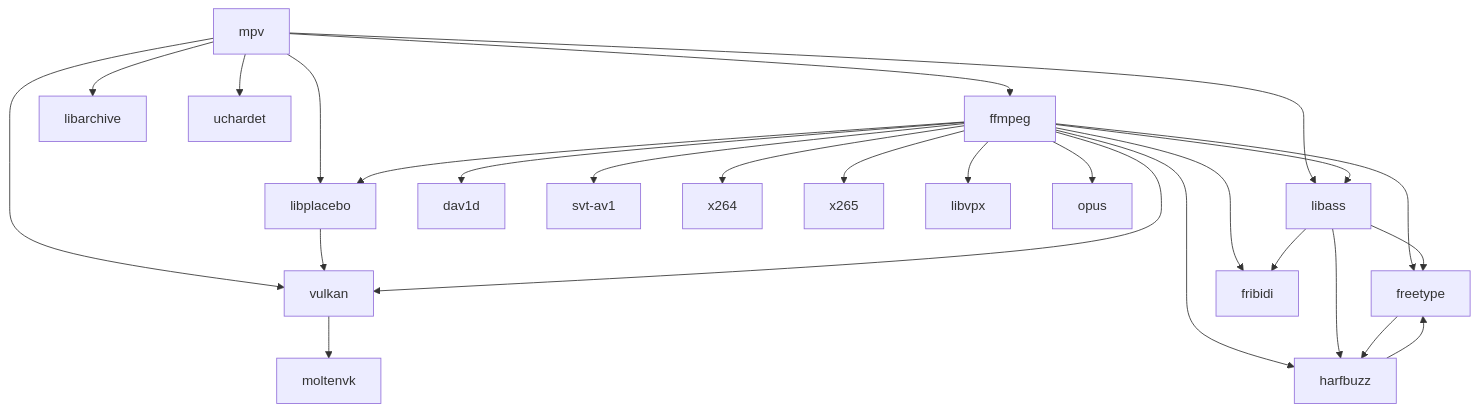
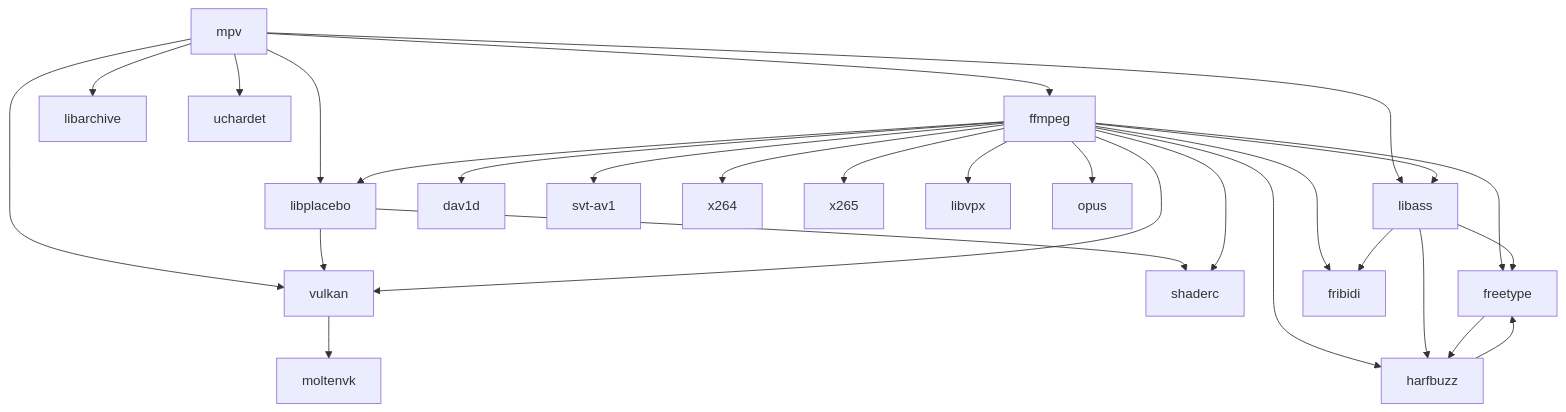
Before and after one commit to m154k1/mpv-build-macOS: the diagram in README.md, drawn with Mermaid. The commit also changed other lines of this file and 2 other files, not shown here.

Commit message:
scripts: add build-shaderc

````diff
--- a/README.md
+++ b/README.md
@@ -186,28 +194,30 @@
 ```mermaid
 graph TD;
    mpv-->ffmpeg;
    mpv-->libplacebo;
    mpv-->vulkan;
    mpv-->libass;
    mpv-->libarchive;
    mpv-->uchardet;
    libplacebo-->vulkan;
+   libplacebo-->shaderc;
    vulkan-->moltenvk;
    ffmpeg-->libplacebo;
    ffmpeg-->vulkan;
+   ffmpeg-->shaderc;
    ffmpeg-->dav1d;
    ffmpeg-->svt-av1;
    ffmpeg-->x264;
    ffmpeg-->x265;
    ffmpeg-->libvpx;
    ffmpeg-->opus;
    ffmpeg-->libass;
    ffmpeg-->freetype;
    ffmpeg-->harfbuzz;
    ffmpeg-->fribidi;
    libass-->freetype;
    libass-->harfbuzz;
    libass-->fribidi;
    freetype-->harfbuzz;
    harfbuzz-->freetype;
 ```
````
